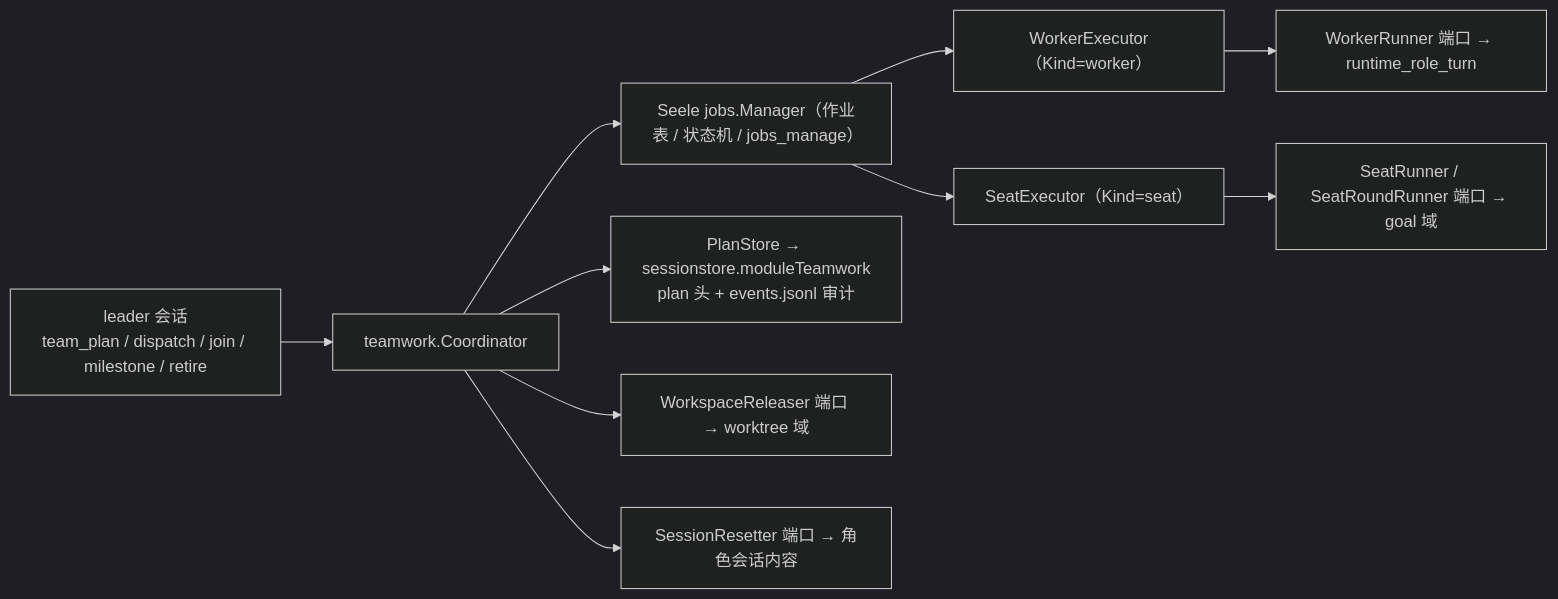
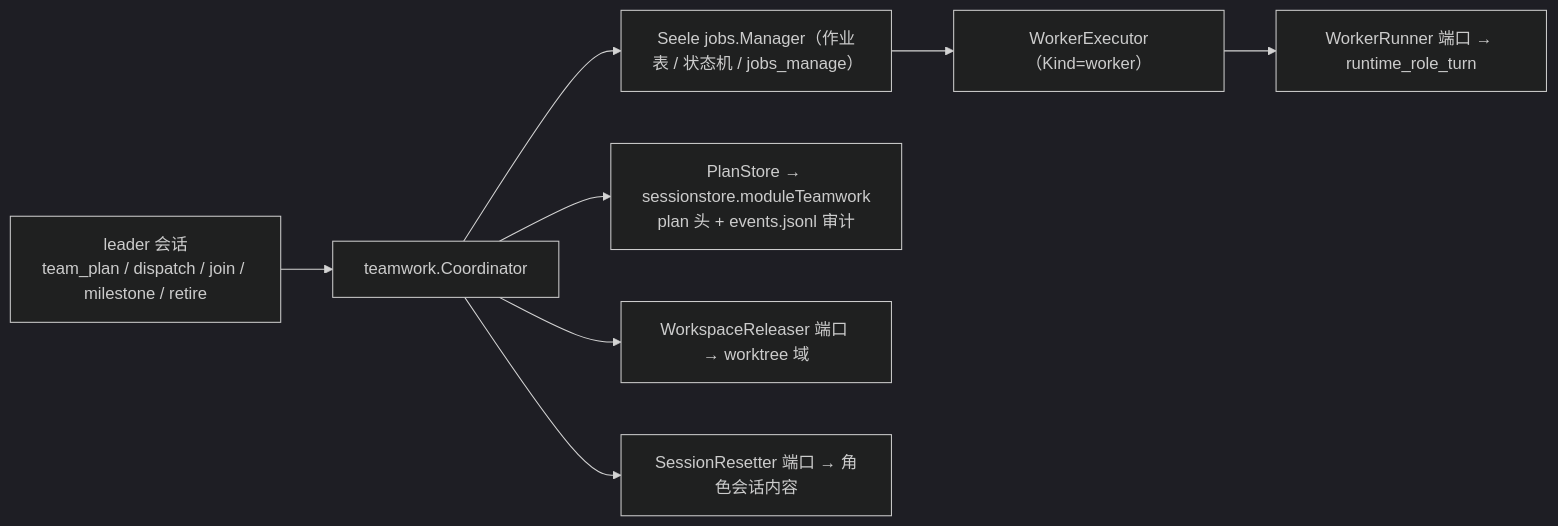
The first of 2 diagrams in seelebridge/teamwork/README.md (RedHuang-0622/seelex), drawn with Mermaid (dark theme) before and after one commit. The commit also changed other lines of this file and 77 other files, not shown here.

````diff
--- a/seelebridge/teamwork/README.md
+++ b/seelebridge/teamwork/README.md
@@ -19,12 +19,10 @@
 ```mermaid
 flowchart LR
     LEADER["leader 会话<br/>team_plan / dispatch / join / milestone / retire"] --> CO["teamwork.Coordinator"]
     CO --> JOBS["Seele jobs.Manager（作业表 / 状态机 / jobs_manage）"]
     CO --> STORE["PlanStore → sessionstore.moduleTeamwork<br/>plan 头 + events.jsonl 审计"]
     JOBS --> WE["WorkerExecutor（Kind=worker）"]
-    JOBS --> SE["SeatExecutor（Kind=seat）"]
     WE --> WR["WorkerRunner 端口 → runtime_role_turn"]
-    SE --> SR["SeatRunner / SeatRoundRunner 端口 → goal 域"]
     CO --> WT["WorkspaceReleaser 端口 → worktree 域"]
     CO --> SS["SessionResetter 端口 → 角色会话内容"]
 ```
````
